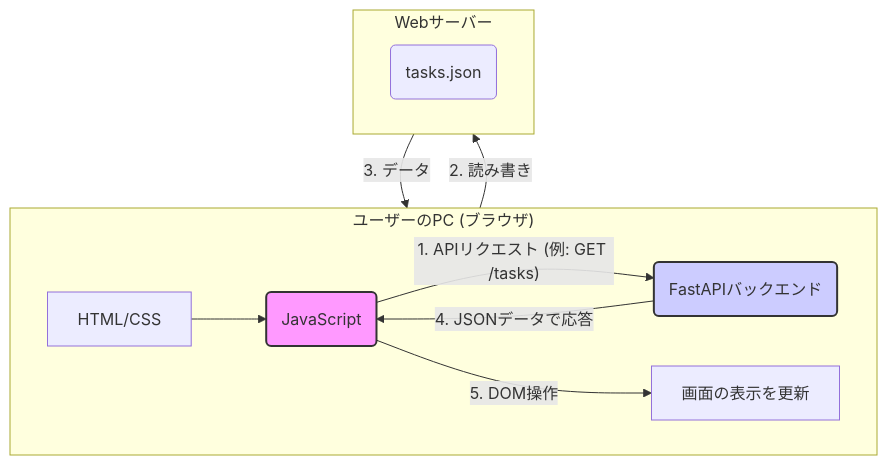
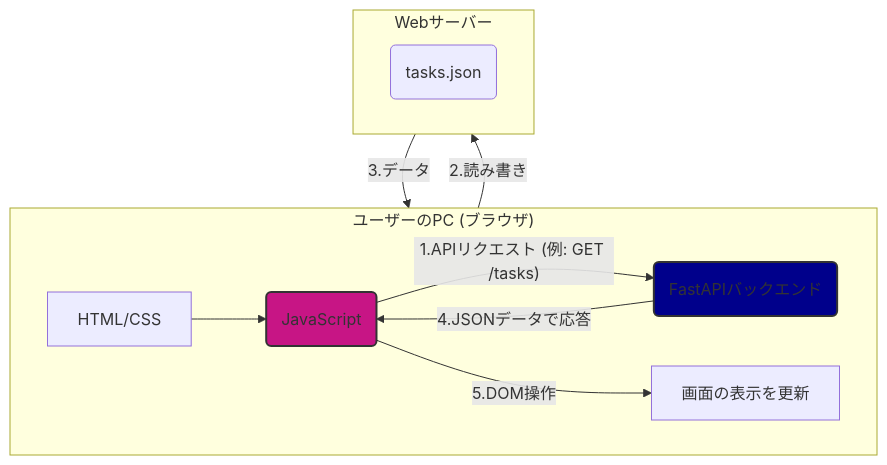
Before and after one commit to qack-dev/ToDoListApp_WebApp: the diagram in README.md, drawn with Mermaid.

Commit message:
Mermaid記法内を修正

````diff
--- a/README.md
+++ b/README.md
@@ -14,19 +14,19 @@
 ```mermaid
 graph TD
     subgraph "ユーザーのPC (ブラウザ)"
         direction LR
         A[HTML/CSS] --> B(JavaScript);
-        B -- 1. APIリクエスト (例: GET /tasks) --> C;
-        C -- 4. JSONデータで応答 --> B;
-        B -- 5. DOM操作 --> D[画面の表示を更新];
+        B -- 1.APIリクエスト (例: GET /tasks) --> C;
+        C -- 4.JSONデータで応答 --> B;
+        B -- 5.DOM操作 --> D[画面の表示を更新];
     end
 
     subgraph "Webサーバー"
         direction LR
-        C(FastAPIバックエンド) -- 2. 読み書き --> E(tasks.json);
-        E -- 3. データ --> C;
+        C(FastAPIバックエンド) -- 2.読み書き --> E(tasks.json);
+        E -- 3.データ --> C;
     end
 
-    style B fill:#F9F,stroke:#333,stroke-width:2px
-    style C fill:#CCF,stroke:#333,stroke-width:2px
+    style B fill:#C71585,stroke:#333,stroke-width:2px
+    style C fill:#00008B,stroke:#333,stroke-width:2px
 ```
````
